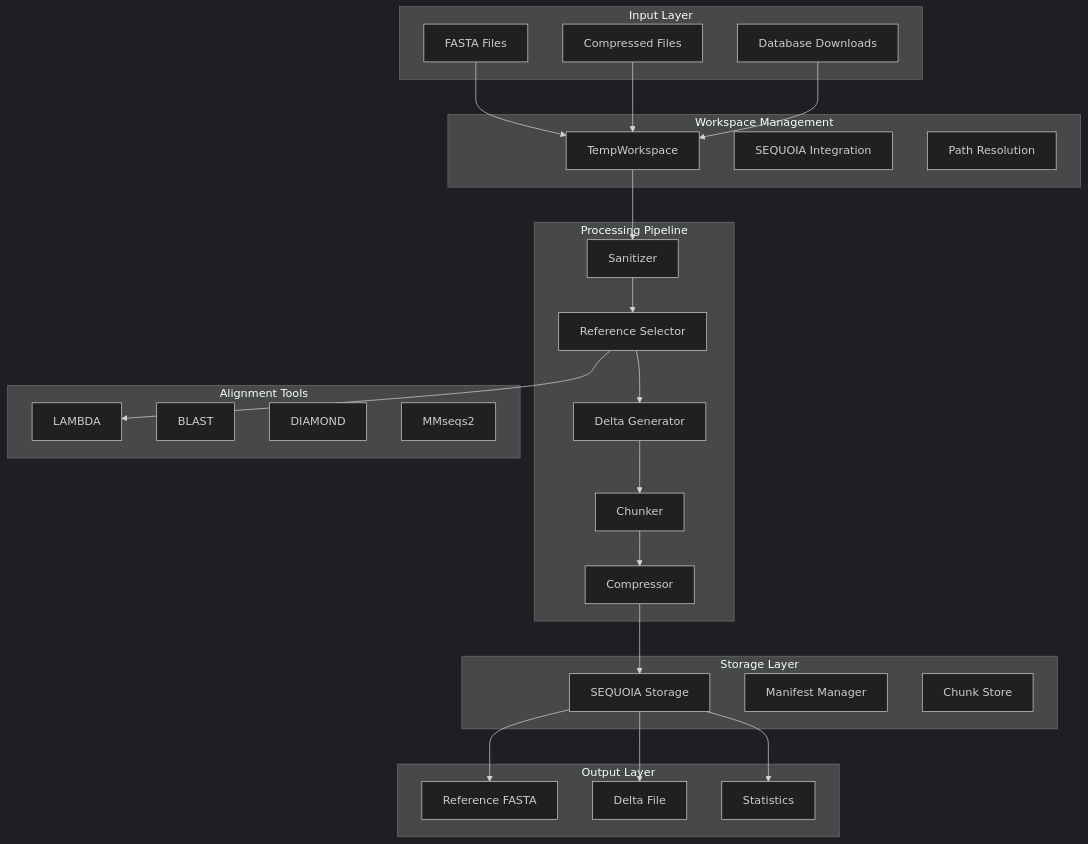
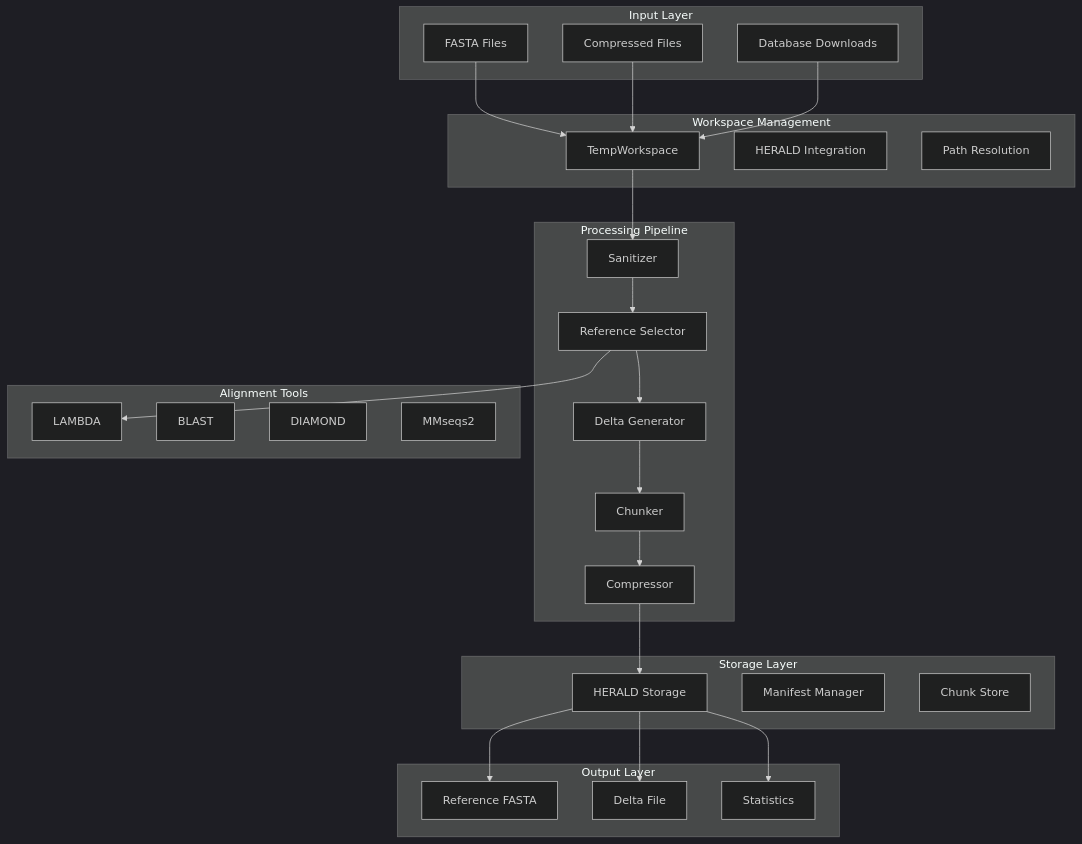
One commit to bfowle/talaria changed the diagram in docs/src/architecture/reduction-pipeline.md. Above: the diagram before and after it, drawn with Mermaid (dark theme). The commit also changed other lines of this file and 405 other files, not shown here.

First line of the commit message:
refactor!: rename SEQUOIA architecture to HERALD

````diff
--- a/docs/src/architecture/reduction-pipeline.md
+++ b/docs/src/architecture/reduction-pipeline.md
@@ -9,57 +9,57 @@
 ```mermaid
 graph TB
     subgraph "Input Layer"
         I1[FASTA Files]
         I2[Compressed Files]
         I3[Database Downloads]
     end
 
     subgraph "Workspace Management"
         W1[TempWorkspace]
-        W2[SEQUOIA Integration]
+        W2[HERALD Integration]
         W3[Path Resolution]
     end
 
     subgraph "Processing Pipeline"
         P1[Sanitizer]
         P2[Reference Selector]
         P3[Delta Generator]
         P4[Chunker]
         P5[Compressor]
     end
 
     subgraph "Alignment Tools"
         A1[LAMBDA]
         A2[BLAST]
         A3[DIAMOND]
         A4[MMseqs2]
     end
 
     subgraph "Storage Layer"
-        S1[SEQUOIA Storage]
+        S1[HERALD Storage]
         S2[Manifest Manager]
         S3[Chunk Store]
     end
 
     subgraph "Output Layer"
         O1[Reference FASTA]
         O2[Delta File]
         O3[Statistics]
     end
 
     I1 --> W1
     I2 --> W1
     I3 --> W1
 
     W1 --> P1
     P1 --> P2
     P2 --> A1
     P2 --> P3
     P3 --> P4
     P4 --> P5
     P5 --> S1
 
     S1 --> O1
     S1 --> O2
     S1 --> O3
 ```
````
